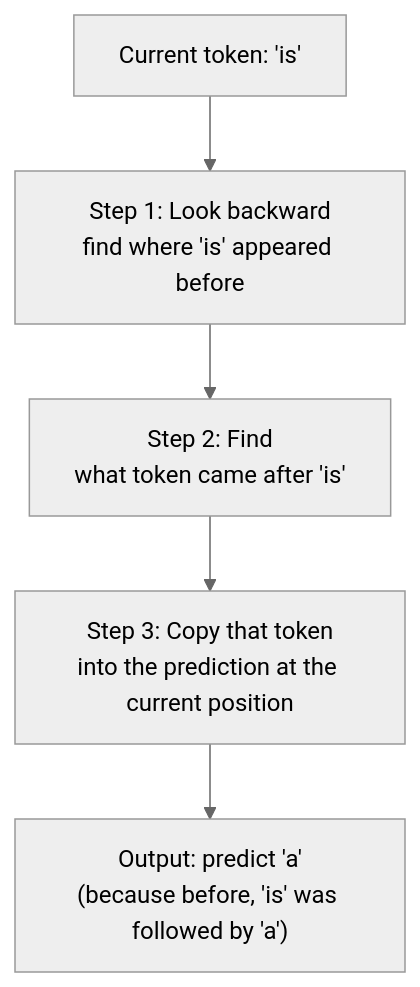
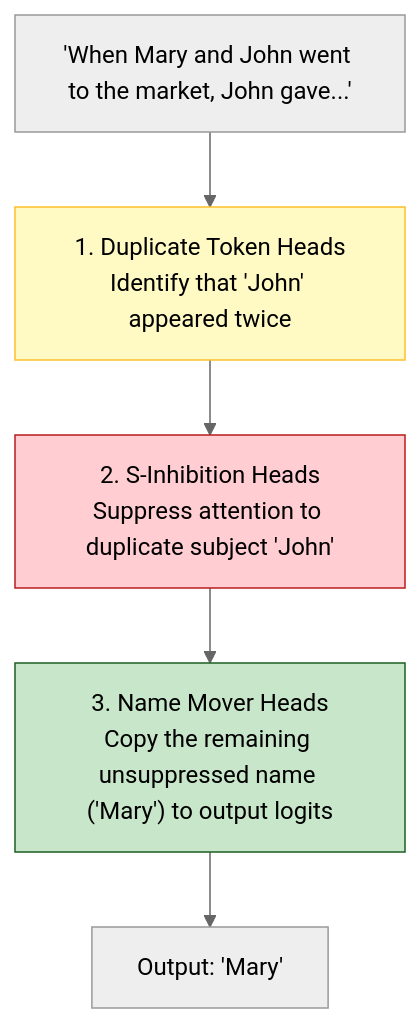
The sixth of 11 diagrams in en/chapters/13-interpretability.md (yingwang/thinking-in-llm), drawn with Mermaid (neutral theme) before and after one commit. The commit also changed other lines of this file and 31 other files, not shown here.

````diff
--- a/en/chapters/13-interpretability.md
+++ b/en/chapters/13-interpretability.md
@@ -258,7 +223,11 @@
 ```mermaid
-graph TD
-    A["Current token: 'is'"] --> B["Step 1: Look backward<br/>find where 'is' appeared before"]
-    B --> C["Step 2: Find<br/>what token came after 'is'"]
-    C --> D["Step 3: Copy that token<br/>into the prediction at the current position"]
-    D --> E["Output: predict 'a'<br/>(because before, 'is' was followed by 'a')"]
+flowchart TD
+    Prompt["'When Mary and John went to the market, John gave...'"] --> DupHeads["1. Duplicate Token Heads<br/>Identify that 'John' appeared twice"]
+    DupHeads --> SInhibit["2. S-Inhibition Heads<br/>Suppress attention to duplicate subject 'John'"]
+    SInhibit --> NameMover["3. Name Mover Heads<br/>Copy the remaining unsuppressed name ('Mary') to output logits"]
+    NameMover --> TargetToken["Output: 'Mary'"]
+
+    style DupHeads fill:#fff9c4,stroke:#fbc02d
+    style SInhibit fill:#ffcdd2,stroke:#b71c1c
+    style NameMover fill:#c8e6c9,stroke:#1b5e20
 ```
````
